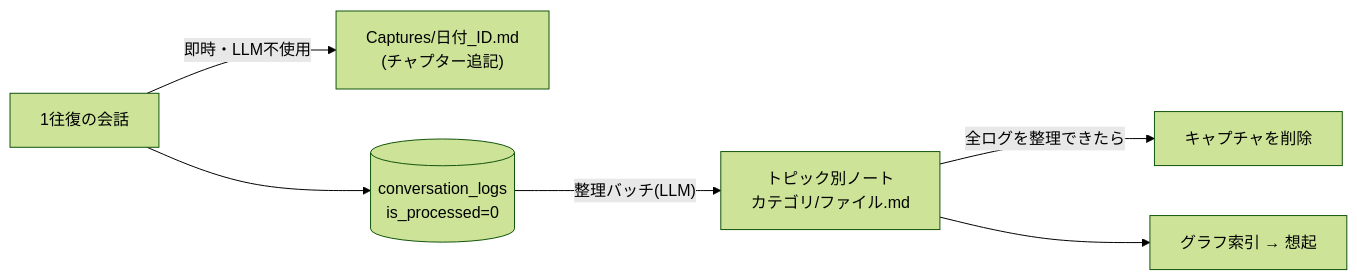
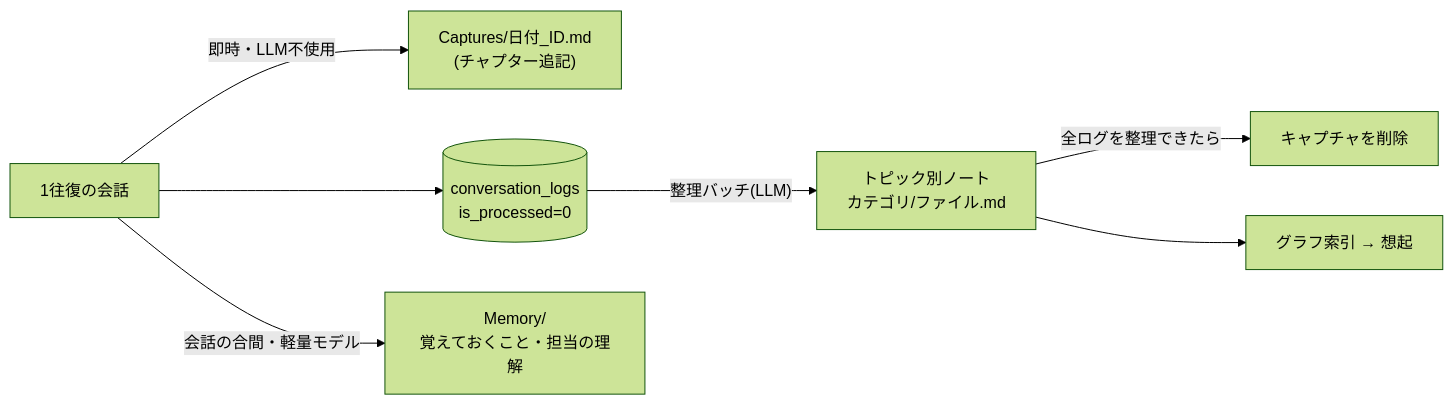
One commit to long-in/MyAssistant changed the first of 2 diagrams in docs/knowledge.md. Above: the diagram before and after it, drawn with Mermaid (forest theme). The commit also changed other lines of this file and 25 other files, not shown here.

First line of the commit message:
feat: スペースの記憶(覚えておくこと・担当の理解)を追加し、整理済みキャプチャの後始末を直す

````diff
--- a/docs/knowledge.md
+++ b/docs/knowledge.md
@@ -7,8 +7,9 @@
 ```mermaid
 flowchart LR
   T["1往復の会話"] -->|"即時・LLM不使用"| C["Captures/日付_ID.md<br/>(チャプター追記)"]
   T --> DB[("conversation_logs<br/>is_processed=0")]
   DB -->|"整理バッチ(LLM)"| N["トピック別ノート<br/>カテゴリ/ファイル.md"]
   N -->|"全ログを整理できたら"| X["キャプチャを削除"]
   N --> G["グラフ索引 → 想起"]
+  T -->|"会話の合間・軽量モデル"| M["Memory/<br/>覚えておくこと・担当の理解"]
 ```
````
